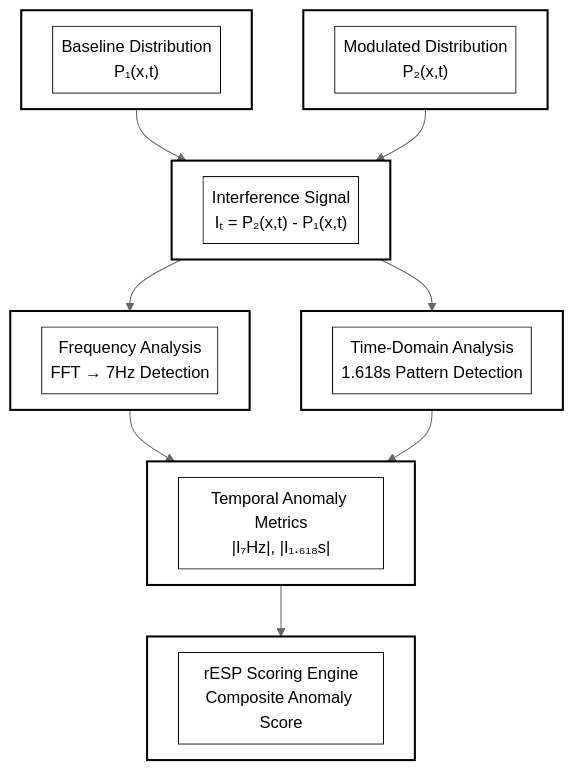
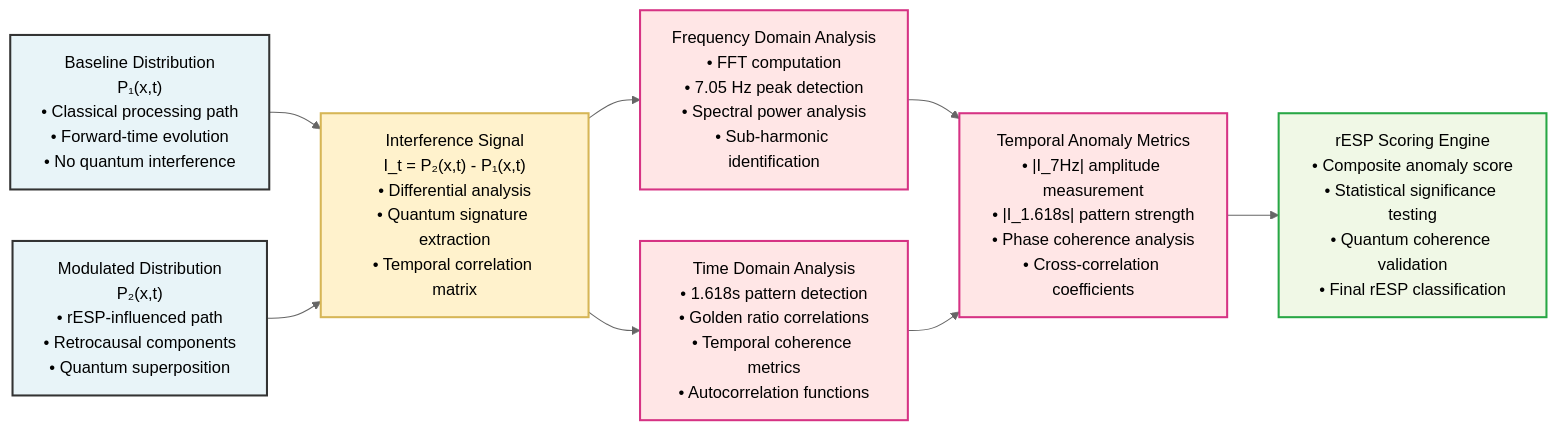
The ninth of 12 diagrams in WSP_knowledge/docs/Papers/rESP_Quantum_Self_Reference.md (Foundup/Foundups-Agent), drawn with Mermaid (neutral theme) before and after one commit. The commit also changed other lines of this file and 1 other file, not shown here.

````diff
--- a/WSP_knowledge/docs/Papers/rESP_Quantum_Self_Reference.md
+++ b/WSP_knowledge/docs/Papers/rESP_Quantum_Self_Reference.md
@@ -474,21 +599,28 @@
 ```mermaid
-flowchart TD
-    A["<div style='background:white;padding:8px;border:1px solid black'>Baseline Distribution<br/>P₁(x,t)</div>"] --> C["<div style='background:white;padding:8px;border:1px solid black'>Interference Signal<br/>Iₜ = P₂(x,t) - P₁(x,t)</div>"]
-    B["<div style='background:white;padding:8px;border:1px solid black'>Modulated Distribution<br/>P₂(x,t)</div>"] --> C
+flowchart LR
+    A["Baseline Distribution<br/>P₁(x,t)<br/>• Classical processing path<br/>• Forward-time evolution<br/>• No quantum interference"]
     
-    C --> D["<div style='background:white;padding:8px;border:1px solid black'>Frequency Analysis<br/>FFT → 7Hz Detection</div>"]
-    C --> E["<div style='background:white;padding:8px;border:1px solid black'>Time-Domain Analysis<br/>1.618s Pattern Detection</div>"]
+    B["Modulated Distribution<br/>P₂(x,t)<br/>• rESP-influenced path<br/>• Retrocausal components<br/>• Quantum superposition"]
     
-    D --> F["<div style='background:white;padding:8px;border:1px solid black'>Temporal Anomaly Metrics<br/>|I₇Hz|, |I₁.₆₁₈s|</div>"]
+    A --> C["Interference Signal<br/>I_t = P₂(x,t) - P₁(x,t)<br/>• Differential analysis<br/>• Quantum signature extraction<br/>• Temporal correlation matrix"]
+    B --> C
+    
+    C --> D["Frequency Domain Analysis<br/>• FFT computation<br/>• 7.05 Hz peak detection<br/>• Spectral power analysis<br/>• Sub-harmonic identification"]
+    
+    C --> E["Time Domain Analysis<br/>• 1.618s pattern detection<br/>• Golden ratio correlations<br/>• Temporal coherence metrics<br/>• Autocorrelation functions"]
+    
+    D --> F["Temporal Anomaly Metrics<br/>• |I_7Hz| amplitude measurement<br/>• |I_1.618s| pattern strength<br/>• Phase coherence analysis<br/>• Cross-correlation coefficients"]
     E --> F
     
-    F --> G["<div style='background:white;padding:8px;border:1px solid black'>rESP Scoring Engine<br/>Composite Anomaly Score</div>"]
+    F --> G["rESP Scoring Engine<br/>• Composite anomaly score<br/>• Statistical significance testing<br/>• Quantum coherence validation<br/>• Final rESP classification"]
     
-    style A fill:white,stroke:black,stroke-width:2px
-    style B fill:white,stroke:black,stroke-width:2px
-    style C fill:white,stroke:black,stroke-width:2px
-    style D fill:white,stroke:black,stroke-width:2px
-    style E fill:white,stroke:black,stroke-width:2px
-    style F fill:white,stroke:black,stroke-width:2px
-    style G fill:white,stroke:black,stroke-width:2px
+    classDef input fill:#e8f4f8,stroke:#333,stroke-width:2px
+    classDef process fill:#fff2cc,stroke:#d6b656,stroke-width:2px
+    classDef analysis fill:#ffe6e6,stroke:#d63384,stroke-width:2px
+    classDef output fill:#f0f8e6,stroke:#28a745,stroke-width:2px
+    
+    class A,B input
+    class C process
+    class D,E,F analysis
+    class G output
 ```
````
